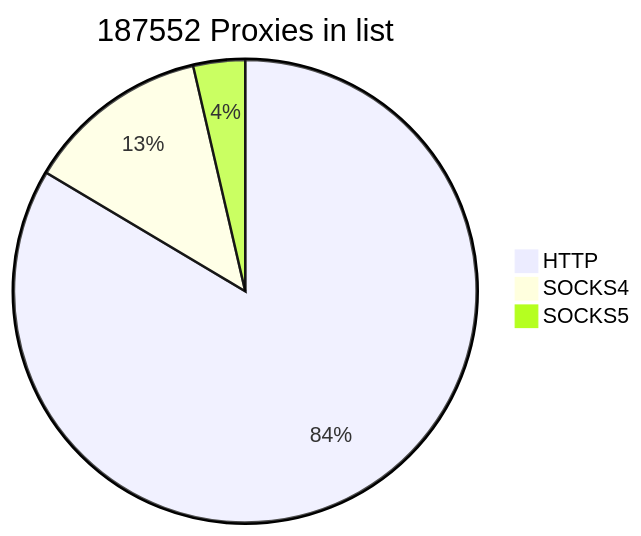
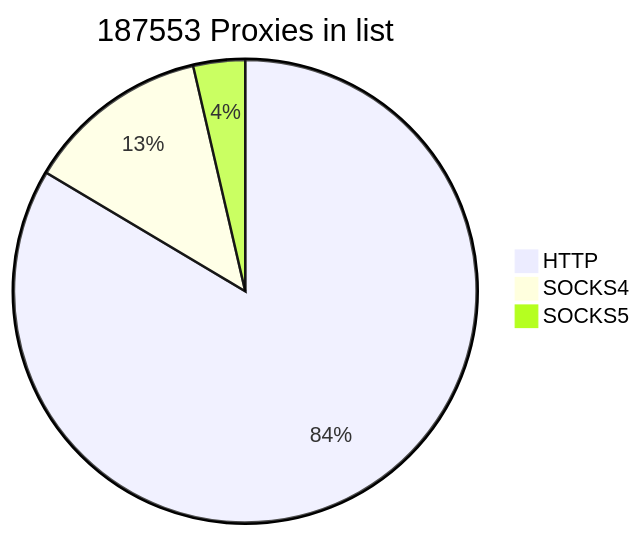
Before and after one commit to cutipu/proxylist: the first of 2 diagrams in README.md, drawn with Mermaid. The commit also changed other lines of this file, not shown here.

````diff
--- a/README.md
+++ b/README.md
@@ -2,7 +2,7 @@
 ```mermaid
-pie title 187552 Proxies in list
-    "HTTP" : 156704
+pie title 187553 Proxies in list
+    "HTTP" : 156705
     "SOCKS4" : 24063
     "SOCKS5" : 6785
             
 ```
````
